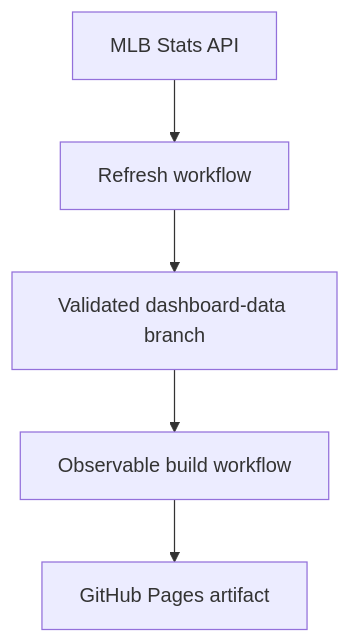
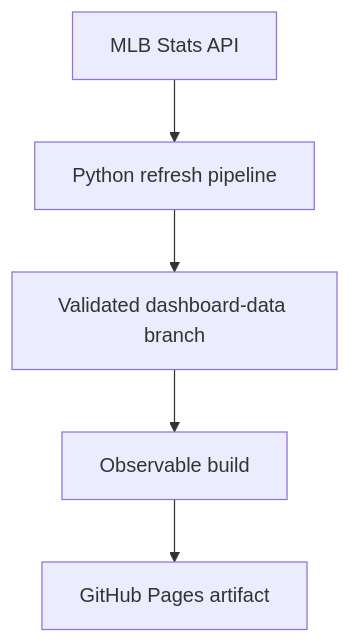
One commit to TomoyaKanno/mlb_pitch_dashboard changed the diagram in README.md. Above: the diagram before and after it, drawn with Mermaid. The commit also changed other lines of this file and 46 other files, not shown here.

````diff
--- a/README.md
+++ b/README.md
@@ -28,7 +28,7 @@
 ```mermaid
 flowchart TD
-    A["MLB Stats API"] --> B["Refresh workflow"]
+    A["MLB Stats API"] --> B["Python refresh pipeline"]
     B --> C["Validated dashboard-data branch"]
-    C --> D["Observable build workflow"]
+    C --> D["Observable build"]
     D --> E["GitHub Pages artifact"]
 ```
````
